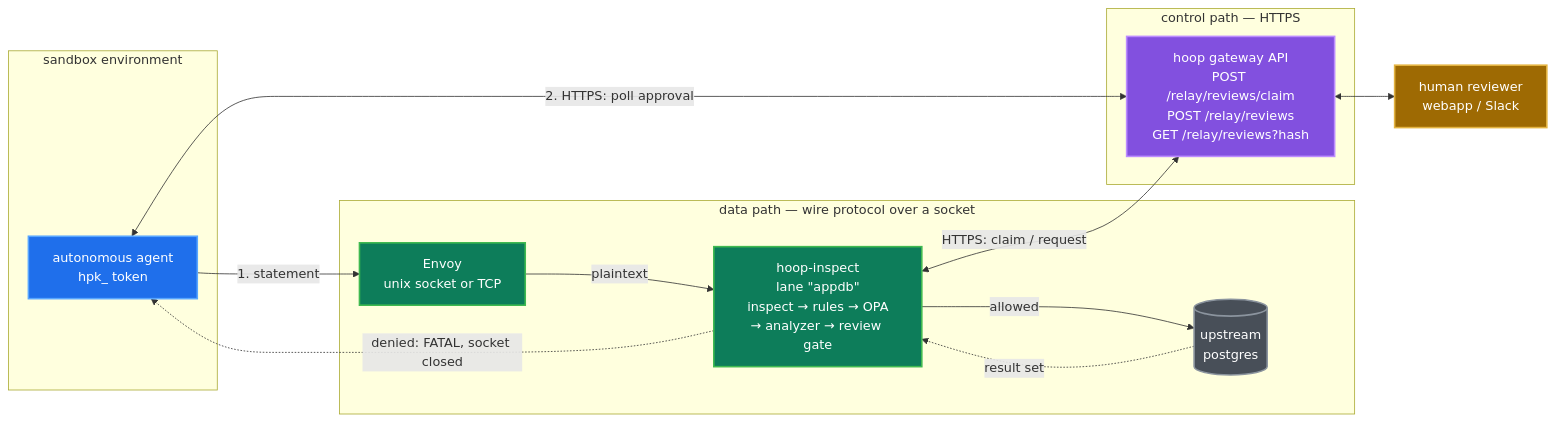
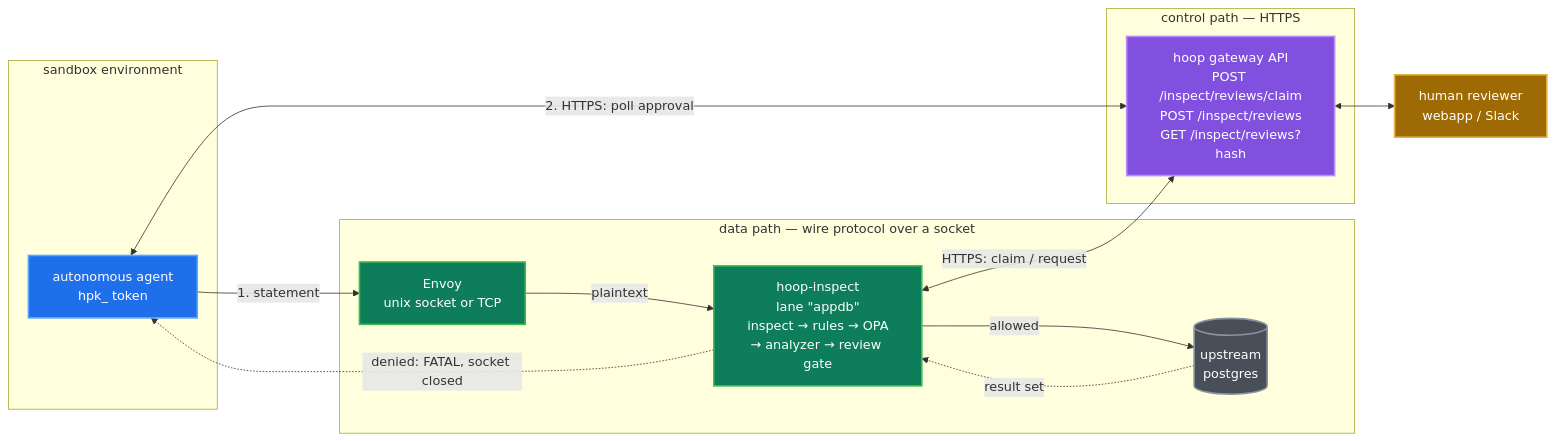
Before and after one commit to hoophq/hoop: the first of 3 diagrams in docs/adr/0005-hoopinspect-review-gate.md, drawn with Mermaid. The commit also changed other lines of this file and 21 other files, not shown here.

````diff
--- a/docs/adr/0005-hoopinspect-review-gate.md
+++ b/docs/adr/0005-hoopinspect-review-gate.md
@@ -165,40 +165,40 @@
 ```mermaid
 flowchart LR
     subgraph sandbox["sandbox environment"]
         A["autonomous agent<br/>hpk_ token"]
     end
 
     subgraph dataplane["data path — wire protocol over a socket"]
         E["Envoy<br/>unix socket or TCP"]
         I["hoop-inspect<br/>lane &quot;appdb&quot;<br/>inspect → rules → OPA<br/>→ analyzer → review gate"]
         U[("upstream<br/>postgres")]
     end
 
     subgraph control["control path — HTTPS"]
-        G["hoop gateway API<br/>POST /relay/reviews/claim<br/>POST /relay/reviews<br/>GET /relay/reviews?hash"]
+        G["hoop gateway API<br/>POST /inspect/reviews/claim<br/>POST /inspect/reviews<br/>GET /inspect/reviews?hash"]
     end
 
     H["human reviewer<br/>webapp / Slack"]
 
     A -->|"1. statement"| E
     E -->|"plaintext"| I
     I -->|"allowed"| U
     U -.->|"result set"| I
     I -.->|"denied: FATAL, socket closed"| A
 
     I <-->|"HTTPS: claim / request"| G
     A <-->|"2. HTTPS: poll approval"| G
     G <--> H
 
     classDef agent fill:#1f6feb,stroke:#58a6ff,stroke-width:2px,color:#ffffff
     classDef relay fill:#0d7d5a,stroke:#3fb950,stroke-width:2px,color:#ffffff
     classDef api fill:#8250df,stroke:#bc8cff,stroke-width:2px,color:#ffffff
     classDef human fill:#9e6a03,stroke:#e3b341,stroke-width:2px,color:#ffffff
     classDef db fill:#484f58,stroke:#8b949e,stroke-width:2px,color:#ffffff
 
     class A agent
     class E,I relay
     class G api
     class H human
     class U db
 ```
````
